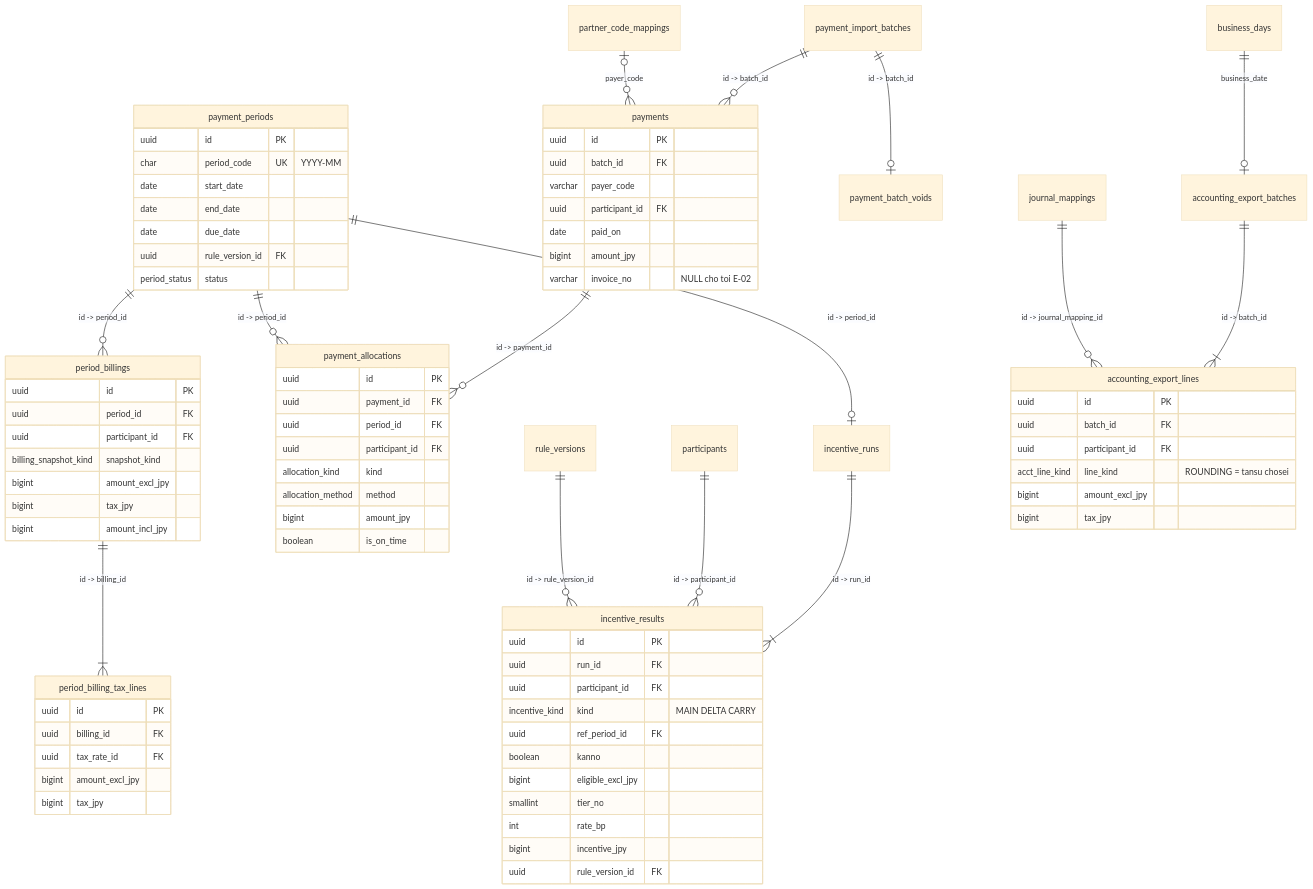
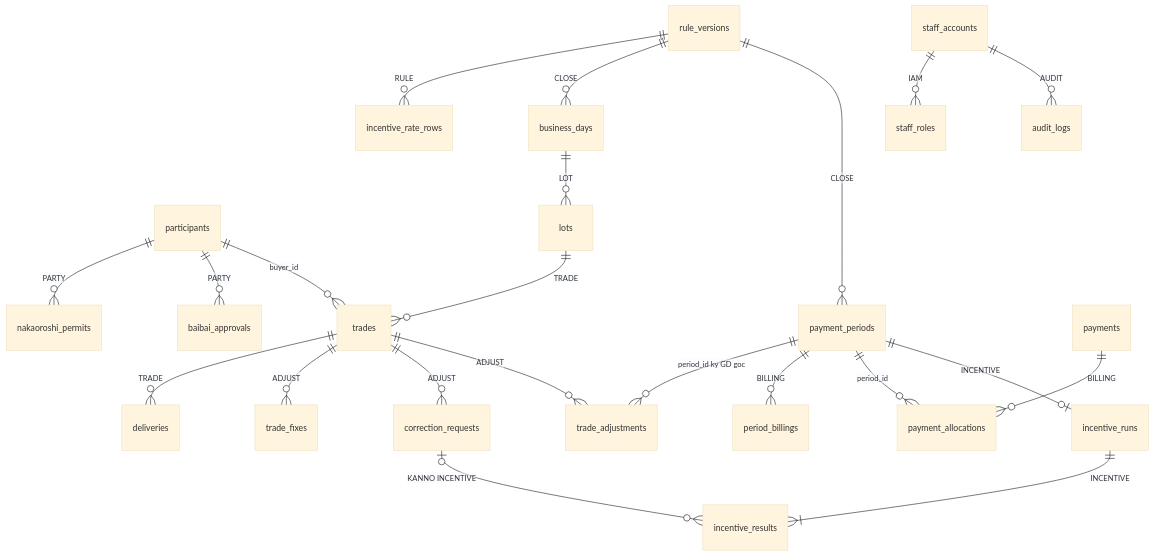
The diagram in specs/system-design/database-design/MKT_DB.md (phuongnnm-23344/lab-wholesale-market), drawn with Mermaid (base theme) before and after one commit. The commit also changed other lines of this file and 10 other files, not shown here.

````diff
--- a/specs/system-design/database-design/MKT_DB.md
+++ b/specs/system-design/database-design/MKT_DB.md
@@ -511,83 +139,24 @@
 ```mermaid
 erDiagram
-  payment_periods ||--o{ period_billings : "id -> period_id"
-  period_billings ||--|{ period_billing_tax_lines : "id -> billing_id"
-  payment_import_batches ||--o{ payments : "id -> batch_id"
-  payment_import_batches ||--o| payment_batch_voids : "id -> batch_id"
-  partner_code_mappings |o--o{ payments : "payer_code"
-  payments ||--o{ payment_allocations : "id -> payment_id"
-  payment_periods ||--o{ payment_allocations : "id -> period_id"
-  payment_periods ||--o| incentive_runs : "id -> period_id"
-  incentive_runs ||--|{ incentive_results : "id -> run_id"
-  participants ||--o{ incentive_results : "id -> participant_id"
-  rule_versions ||--o{ incentive_results : "id -> rule_version_id"
-  business_days ||--o| accounting_export_batches : "business_date"
-  accounting_export_batches ||--|{ accounting_export_lines : "id -> batch_id"
-  journal_mappings ||--o{ accounting_export_lines : "id -> journal_mapping_id"
-
-  payment_periods {
-    uuid id PK
-    char period_code UK "YYYY-MM"
-    date start_date
-    date end_date
-    date due_date
-    uuid rule_version_id FK
-    period_status status
-  }
-  payments {
-    uuid id PK
-    uuid batch_id FK
-    varchar payer_code
-    uuid participant_id FK
-    date paid_on
-    bigint amount_jpy
-    varchar invoice_no "NULL cho toi E-02"
-  }
-  payment_allocations {
-    uuid id PK
-    uuid payment_id FK
-    uuid period_id FK
-    uuid participant_id FK
-    allocation_kind kind
-    allocation_method method
-    bigint amount_jpy
-    boolean is_on_time
-  }
-  period_billings {
-    uuid id PK
-    uuid period_id FK
-    uuid participant_id FK
-    billing_snapshot_kind snapshot_kind
-    bigint amount_excl_jpy
-    bigint tax_jpy
-    bigint amount_incl_jpy
-  }
-  period_billing_tax_lines {
-    uuid id PK
-    uuid billing_id FK
-    uuid tax_rate_id FK
-    bigint amount_excl_jpy
-    bigint tax_jpy
-  }
-  incentive_results {
-    uuid id PK
-    uuid run_id FK
-    uuid participant_id FK
-    incentive_kind kind "MAIN DELTA CARRY"
-    uuid ref_period_id FK
-    boolean kanno
-    bigint eligible_excl_jpy
-    smallint tier_no
-    int rate_bp
-    bigint incentive_jpy
-    uuid rule_version_id FK
-  }
-  accounting_export_lines {
-    uuid id PK
-    uuid batch_id FK
-    uuid participant_id FK
-    acct_line_kind line_kind "ROUNDING = tansu chosei"
-    bigint amount_excl_jpy
-    bigint tax_jpy
-  }
+  participants ||--o{ nakaoroshi_permits : "PARTY"
+  participants ||--o{ baibai_approvals : "PARTY"
+  rule_versions ||--o{ incentive_rate_rows : "RULE"
+  rule_versions ||--o{ business_days : "CLOSE"
+  rule_versions ||--o{ payment_periods : "CLOSE"
+  business_days ||--o{ lots : "LOT"
+  lots ||--o{ trades : "TRADE"
+  participants ||--o{ trades : "buyer_id"
+  trades ||--o{ deliveries : "TRADE"
+  trades ||--o{ trade_fixes : "ADJUST"
+  trades ||--o{ correction_requests : "ADJUST"
+  trades ||--o{ trade_adjustments : "ADJUST"
+  payment_periods ||--o{ trade_adjustments : "period_id ky GD goc"
+  payment_periods ||--o{ period_billings : "BILLING"
+  payments ||--o{ payment_allocations : "BILLING"
+  payment_periods ||--o{ payment_allocations : "period_id"
+  payment_periods ||--o| incentive_runs : "INCENTIVE"
+  incentive_runs ||--|{ incentive_results : "INCENTIVE"
+  correction_requests |o--o{ incentive_results : "KANNO INCENTIVE"
+  staff_accounts ||--o{ staff_roles : "IAM"
+  staff_accounts ||--o{ audit_logs : "AUDIT"
 ```
````
